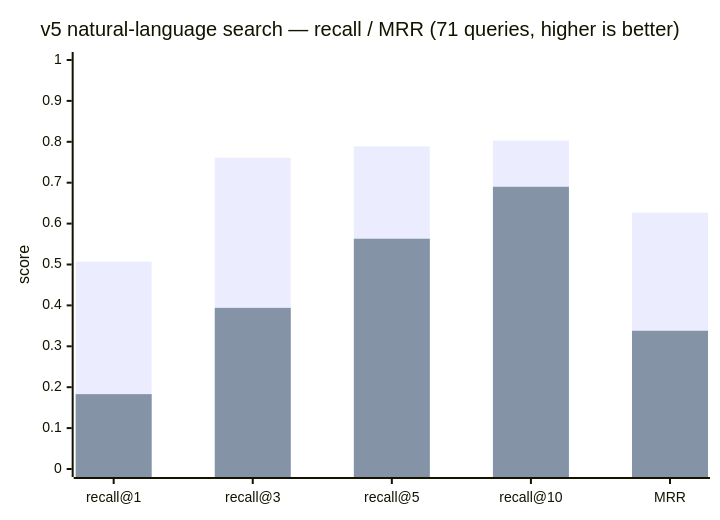
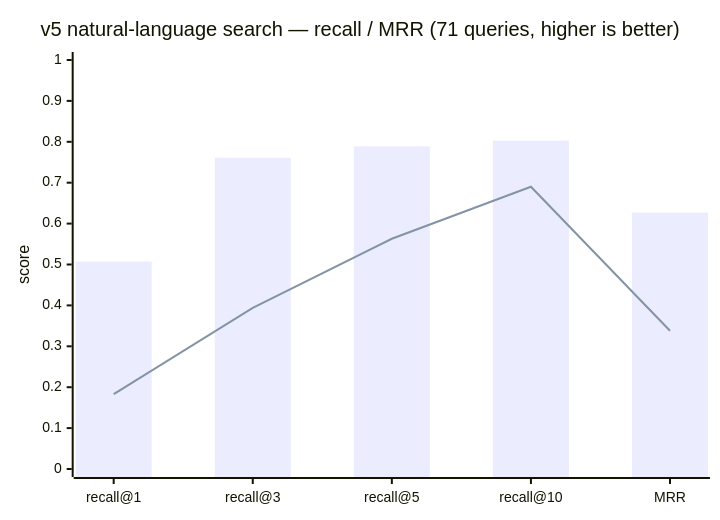
One commit to dhha22/wikimap changed the diagram in README.ko.md. Above: the diagram before and after it, drawn with Mermaid. The commit also changed other lines of this file and 1 other file, not shown here.

````diff
--- a/README.ko.md
+++ b/README.ko.md
@@ -44,8 +46,8 @@
 ```mermaid
 xychart-beta
     title "v5 natural-language search — recall / MRR (71 queries, higher is better)"
     x-axis ["recall@1", "recall@3", "recall@5", "recall@10", "MRR"]
     y-axis "score" 0 --> 1
     bar [0.507, 0.761, 0.789, 0.803, 0.627]
-    bar [0.183, 0.394, 0.563, 0.690, 0.338]
+    line [0.183, 0.394, 0.563, 0.690, 0.338]
 ```
````
